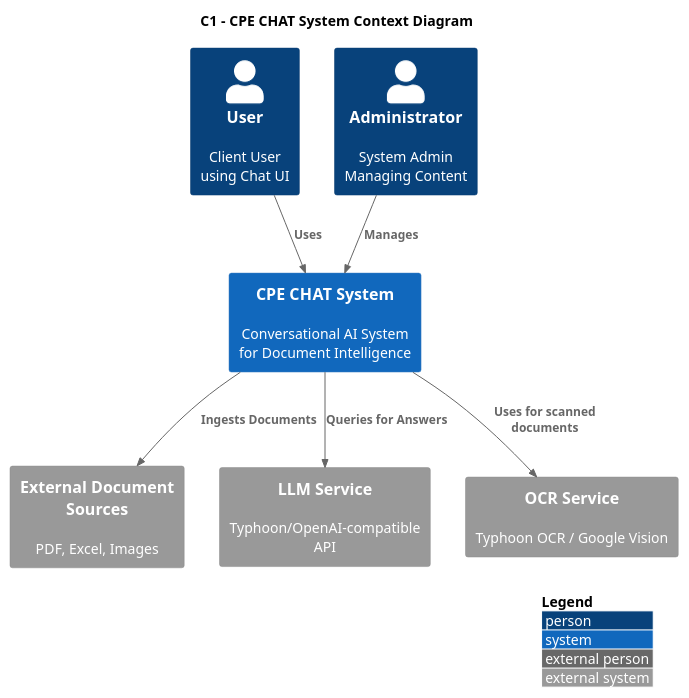
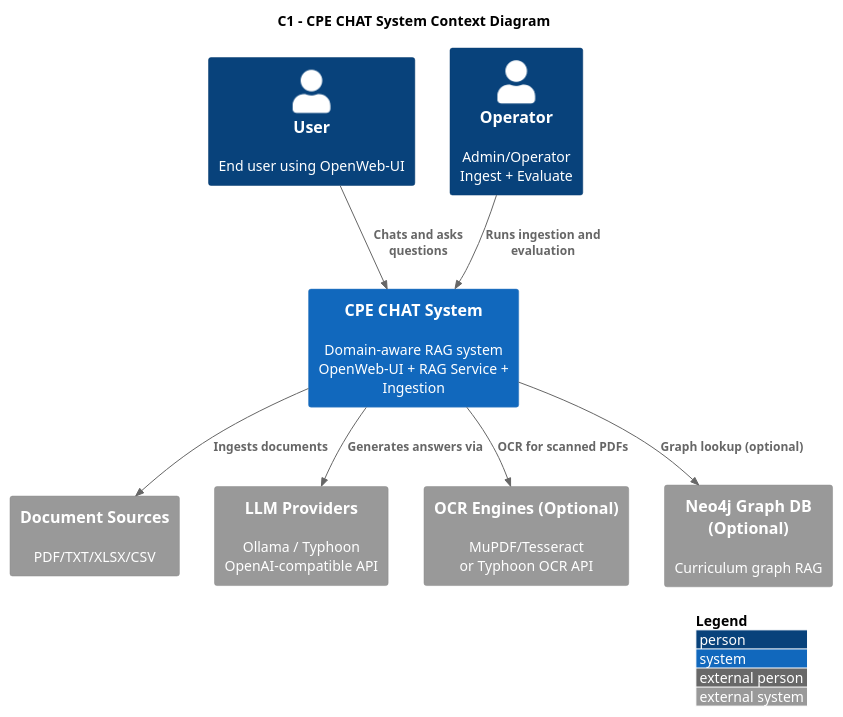
The diagram in docs/backend_c1_context.puml (KKOIDF/CPE-CHAT-0.0.2), drawn with PlantUML before and after one commit. The commit also changed 20 other files, not shown here.

First line of the commit message:
Enhance regulation and curriculum handling in RAG service

```diff
--- a/docs/backend_c1_context.puml
+++ b/docs/backend_c1_context.puml
@@ -1,23 +1,25 @@
 @startuml Backend_C1_Context
 !include https://raw.githubusercontent.com/plantuml-stdlib/C4-PlantUML/master/C4_Context.puml
 
 LAYOUT_WITH_LEGEND()
 
 title C1 - CPE CHAT System Context Diagram
 
-Person(user, "User", "Client User\nusing Chat UI")
-System(cpe_system, "CPE CHAT System", "Conversational AI System\nfor Document Intelligence")
+Person(user, "User", "End user using OpenWeb-UI")
+System(cpe_system, "CPE CHAT System", "Domain-aware RAG system\nOpenWeb-UI + RAG Service + Ingestion")
 
-Person(admin, "Administrator", "System Admin\nManaging Content")
+Person(admin, "Operator", "Admin/Operator\nIngest + Evaluate")
 
-System_Ext(external_docs, "External Document Sources", "PDF, Excel, Images")
-System_Ext(llm, "LLM Service", "Typhoon/OpenAI-compatible API")
-System_Ext(ocr, "OCR Service", "Typhoon OCR / Google Vision")
+System_Ext(external_docs, "Document Sources", "PDF/TXT/XLSX/CSV")
+System_Ext(llm, "LLM Providers", "Ollama / Typhoon\nOpenAI-compatible API")
+System_Ext(ocr, "OCR Engines (Optional)", "MuPDF/Tesseract\nor Typhoon OCR API")
+System_Ext(neo4j, "Neo4j Graph DB (Optional)", "Curriculum graph RAG")
 
-Rel(user, cpe_system, "Uses")
-Rel(admin, cpe_system, "Manages")
-Rel(cpe_system, external_docs, "Ingests Documents")
-Rel(cpe_system, llm, "Queries for Answers")
-Rel(cpe_system, ocr, "Uses for scanned documents")
+Rel(user, cpe_system, "Chats and asks questions")
+Rel(admin, cpe_system, "Runs ingestion and evaluation")
+Rel(cpe_system, external_docs, "Ingests documents")
+Rel(cpe_system, llm, "Generates answers via")
+Rel(cpe_system, ocr, "OCR for scanned PDFs")
+Rel(cpe_system, neo4j, "Graph lookup (optional)")
 
 @enduml
```
